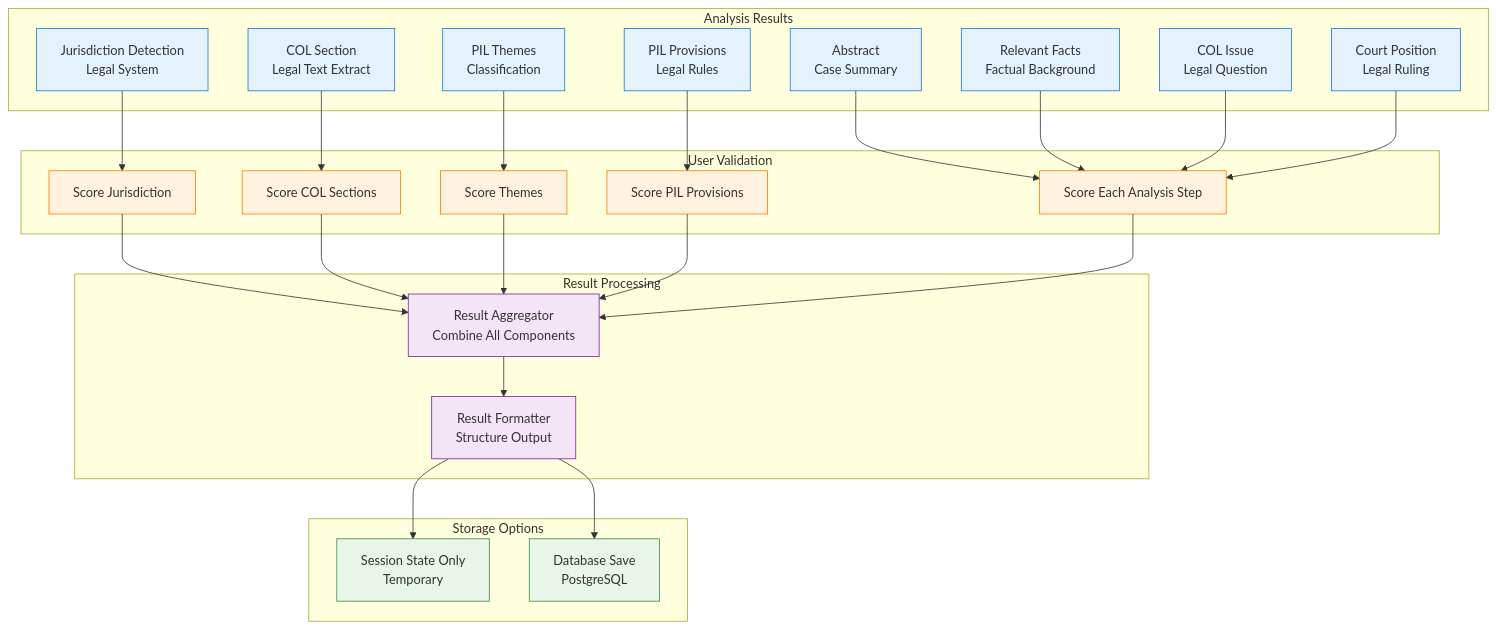
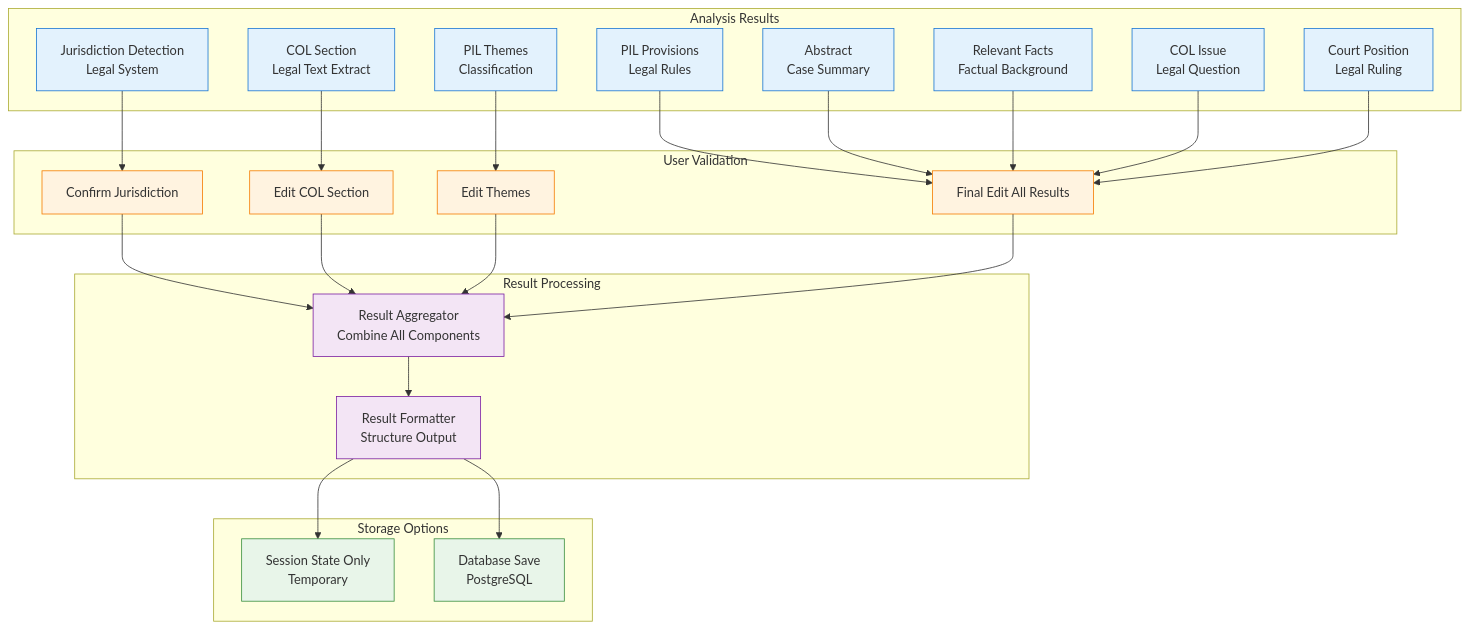
The eighth of 8 diagrams in docs/WORKFLOWS.md (Choice-of-Law-Dataverse/cold-case-analysis), drawn with Mermaid before and after one commit. The commit also changed other lines of this file and 8 other files, not shown here.

````diff
--- a/docs/WORKFLOWS.md
+++ b/docs/WORKFLOWS.md
@@ -392,60 +387,58 @@
 ```mermaid
 flowchart TD
     subgraph "Analysis Results"
         Jurisdiction[Jurisdiction Detection<br/>Legal System]
         COLSection[COL Section<br/>Legal Text Extract]
         Themes[PIL Themes<br/>Classification]
         PILProvisions[PIL Provisions<br/>Legal Rules]
         Abstract[Abstract<br/>Case Summary]
         Facts[Relevant Facts<br/>Factual Background]
         Issue[COL Issue<br/>Legal Question]
         Position[Court Position<br/>Legal Ruling]
     end
     
     subgraph "User Validation"
-        ScoreJuris[Score Jurisdiction]
-        ScoreCOL[Score COL Sections]
-        ScoreThemes[Score Themes]
-        ScorePIL[Score PIL Provisions]
-        ScoreAnalysis[Score Each Analysis Step]
+        ConfirmJuris[Confirm Jurisdiction]
+        EditCOL[Edit COL Section]
+        EditThemes[Edit Themes]
+        FinalEdit[Final Edit All Results]
     end
-    
+
     subgraph "Result Processing"
         Aggregator[Result Aggregator<br/>Combine All Components]
         Formatter[Result Formatter<br/>Structure Output]
     end
-    
+
     subgraph "Storage Options"
         SessionOnly[Session State Only<br/>Temporary]
         DBSave[Database Save<br/>PostgreSQL]
     end
-    
-    Jurisdiction --> ScoreJuris
-    COLSection --> ScoreCOL
-    Themes --> ScoreThemes
-    PILProvisions --> ScorePIL
-    Abstract --> ScoreAnalysis
-    Facts --> ScoreAnalysis
-    Issue --> ScoreAnalysis
-    Position --> ScoreAnalysis
-    
-    ScoreJuris --> Aggregator
-    ScoreCOL --> Aggregator
-    ScoreThemes --> Aggregator
-    ScorePIL --> Aggregator
-    ScoreAnalysis --> Aggregator
-    
+
+    Jurisdiction --> ConfirmJuris
+    COLSection --> EditCOL
+    Themes --> EditThemes
+    PILProvisions --> FinalEdit
+    Abstract --> FinalEdit
+    Facts --> FinalEdit
+    Issue --> FinalEdit
+    Position --> FinalEdit
+
+    ConfirmJuris --> Aggregator
+    EditCOL --> Aggregator
+    EditThemes --> Aggregator
+    FinalEdit --> Aggregator
+
     Aggregator --> Formatter
     Formatter --> SessionOnly
     Formatter --> DBSave
-    
+
     classDef analysis fill:#e3f2fd,stroke:#1976d2
     classDef validation fill:#fff3e0,stroke:#f57c00
     classDef process fill:#f3e5f5,stroke:#7b1fa2
     classDef storage fill:#e8f5e9,stroke:#388e3c
-    
+
     class Jurisdiction,COLSection,Themes,PILProvisions,Abstract,Facts,Issue,Position analysis
-    class ScoreJuris,ScoreCOL,ScoreThemes,ScorePIL,ScoreAnalysis validation
+    class ConfirmJuris,EditCOL,EditThemes,FinalEdit validation
     class Aggregator,Formatter process
     class SessionOnly,DBSave storage
 ```
````
